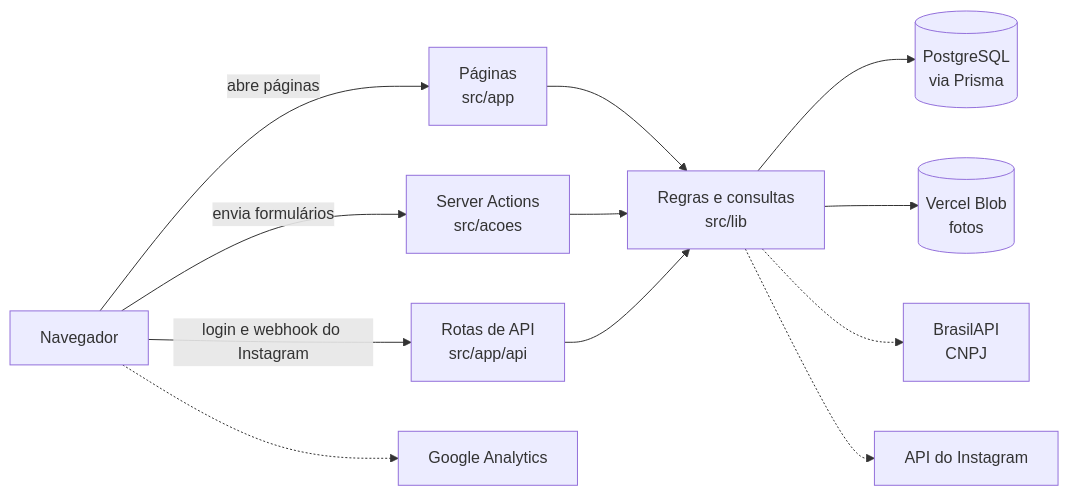
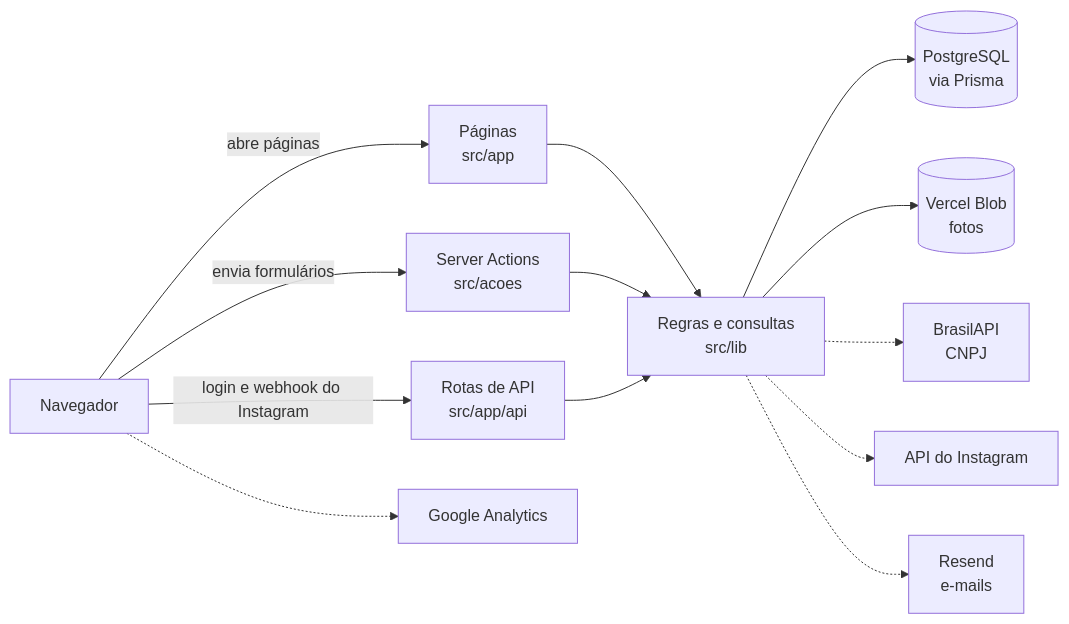
Before and after one commit to DeborAguiar/Negocio-do-bem: the first of 2 diagrams in docs/como-foi-feito.md, drawn with Mermaid. The commit also changed other lines of this file and 15 other files, not shown here.

````diff
--- a/docs/como-foi-feito.md
+++ b/docs/como-foi-feito.md
@@ -352,14 +364,15 @@
 ```mermaid
 flowchart LR
     N[Navegador] -->|abre páginas| P[Páginas<br>src/app]
     N -->|envia formulários| A[Server Actions<br>src/acoes]
     N -->|login e webhook do Instagram| R[Rotas de API<br>src/app/api]
     P --> L[Regras e consultas<br>src/lib]
     A --> L
     R --> L
     L --> DB[(PostgreSQL<br>via Prisma)]
     L --> B[(Vercel Blob<br>fotos)]
     L -.-> BR[BrasilAPI<br>CNPJ]
     L -.-> IG[API do Instagram]
+    L -.-> RS[Resend<br>e-mails]
     N -.-> GA[Google Analytics]
 ```
````
